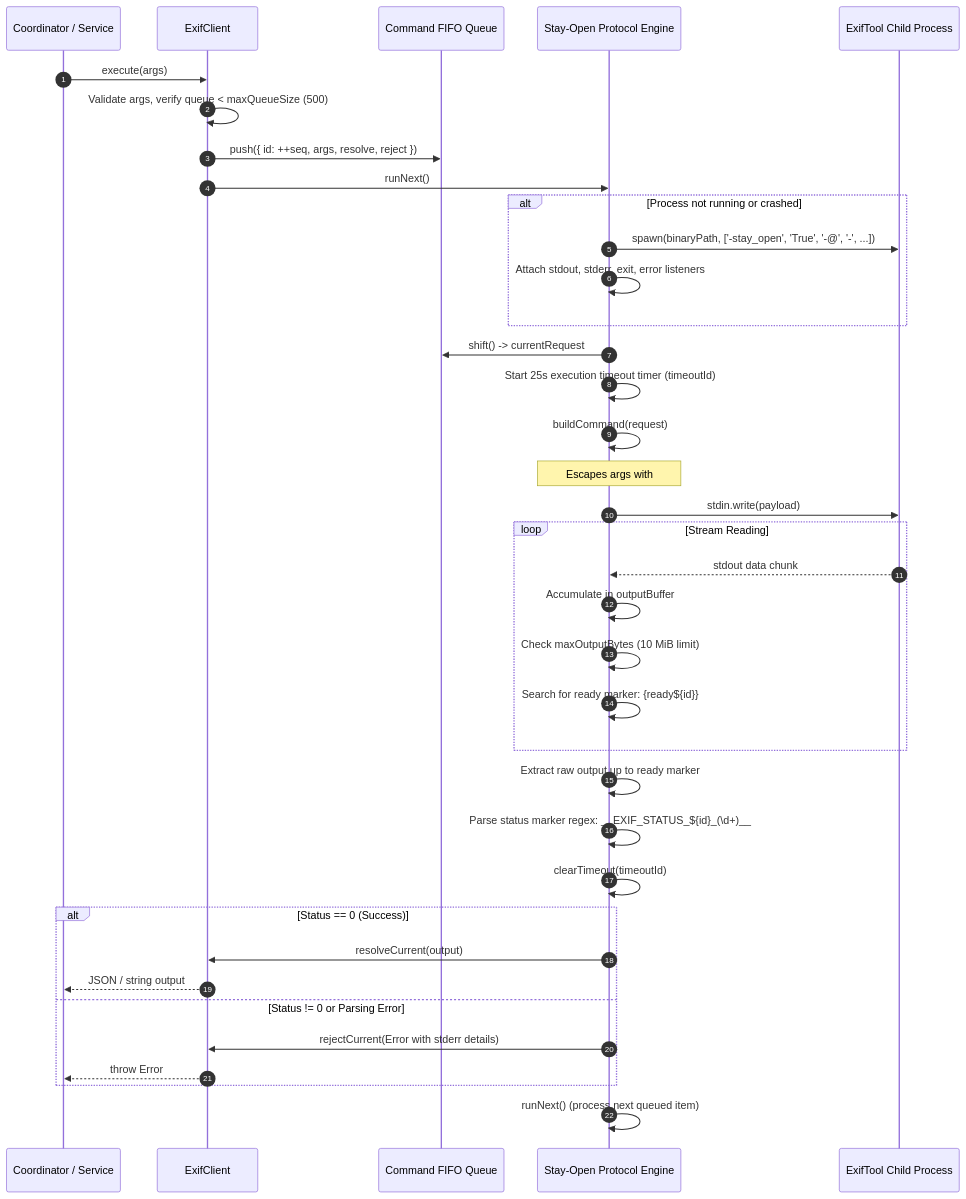
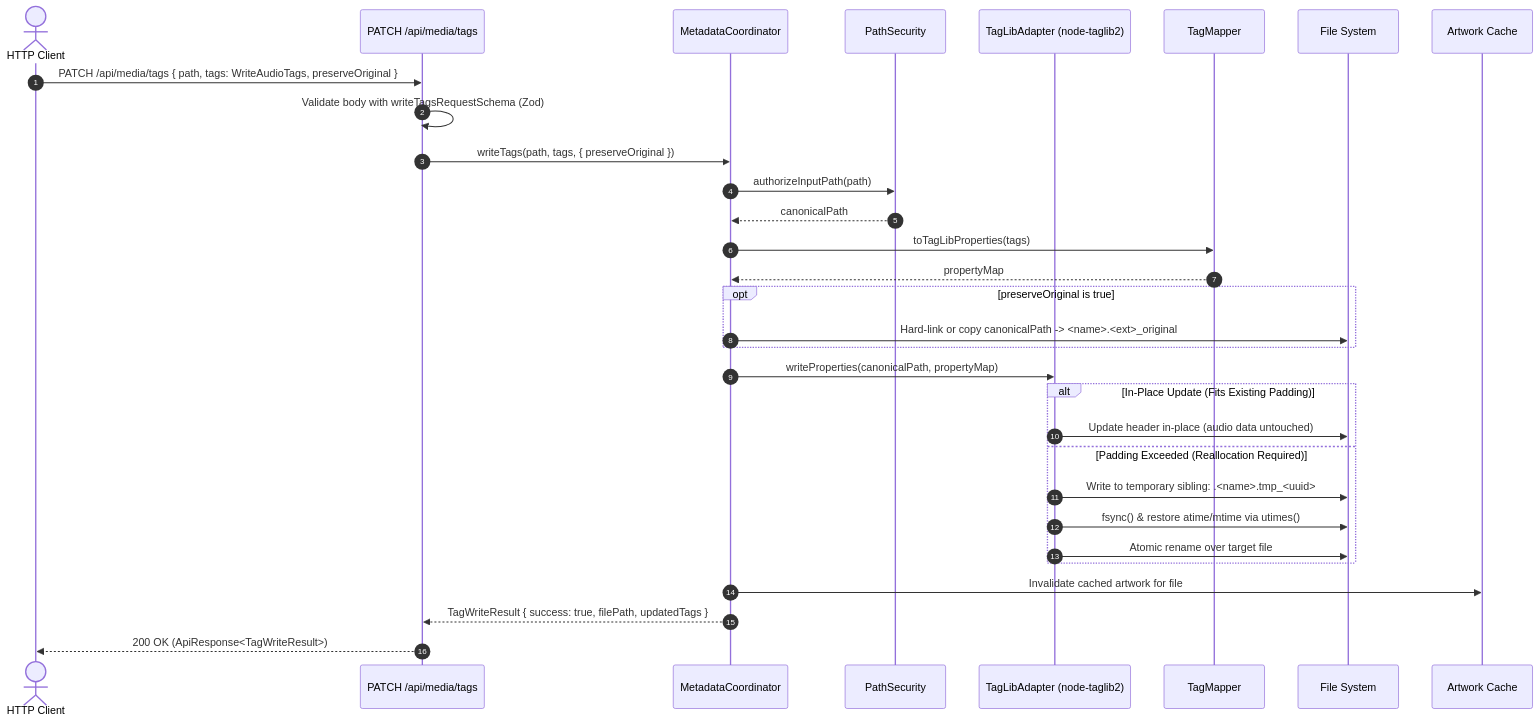
The fourth of 8 diagrams in README.md (Manishtripathi-108/my-music), drawn with Mermaid before and after one commit. The commit also changed other lines of this file and 3 other files, not shown here.

First line of the commit message:
Refactor media schemas export structure

````diff
--- a/README.md
+++ b/README.md
@@ -178,46 +336,38 @@
 ```mermaid
 sequenceDiagram
     autonumber
-    participant Caller as Coordinator / Service
-    participant Client as ExifClient
-    participant Queue as Command FIFO Queue
-    participant Engine as Stay-Open Protocol Engine
-    participant Proc as ExifTool Child Process
+    actor Client as HTTP Client
+    participant Route as PATCH /api/media/tags
+    participant Coord as MetadataCoordinator
+    participant Sec as PathSecurity
+    participant TagLib as TagLibAdapter (node-taglib2)
+    participant Mapper as TagMapper
+    participant FS as File System
+    participant Cache as Artwork Cache
 
-    Caller->>Client: execute(args)
-    Client->>Client: Validate args, verify queue < maxQueueSize (500)
-    Client->>Queue: push({ id: ++seq, args, resolve, reject })
-    Client->>Engine: runNext()
+    Client->>Route: PATCH /api/media/tags { path, tags: WriteAudioTags, preserveOriginal }
+    Route->>Route: Validate body with writeTagsRequestSchema (Zod)
+    Route->>Coord: writeTags(path, tags, { preserveOriginal })
+    Coord->>Sec: authorizeInputPath(path)
+    Sec-->>Coord: canonicalPath
+    Coord->>Mapper: toTagLibProperties(tags)
+    Mapper-->>Coord: propertyMap
 
-    alt Process not running or crashed
-        Engine->>Proc: spawn(binaryPath, ['-stay_open', 'True', '-@', '-', ...])
-        Engine->>Engine: Attach stdout, stderr, exit, error listeners
+    opt preserveOriginal is true
+        Coord->>FS: Hard-link or copy canonicalPath -> <name>.<ext>_original
     end
 
-    Engine->>Queue: shift() -> currentRequest
-    Engine->>Engine: Start 25s execution timeout timer (timeoutId)
-    Engine->>Engine: buildCommand(request)
-    Note over Engine: Escapes args with #[CSTR]...\nAppends -echo3 __EXIF_STATUS_${id}_${status}__\nAppends -execute${id}
-    Engine->>Proc: stdin.write(payload)
+    Coord->>TagLib: writeProperties(canonicalPath, propertyMap)
 
-    loop Stream Reading
-        Proc-->>Engine: stdout data chunk
-        Engine->>Engine: Accumulate in outputBuffer
-        Engine->>Engine: Check maxOutputBytes (10 MiB limit)
-        Engine->>Engine: Search for ready marker: {ready${id}}
+    alt In-Place Update (Fits Existing Padding)
+        TagLib->>FS: Update header in-place (audio data untouched)
+    else Padding Exceeded (Reallocation Required)
+        TagLib->>FS: Write to temporary sibling: .<name>.tmp_<uuid>
+        TagLib->>FS: fsync() & restore atime/mtime via utimes()
+        TagLib->>FS: Atomic rename over target file
     end
 
-    Engine->>Engine: Extract raw output up to ready marker
-    Engine->>Engine: Parse status marker regex: __EXIF_STATUS_${id}_(\d+)__
-    Engine->>Engine: clearTimeout(timeoutId)
-
-    alt Status == 0 (Success)
-        Engine->>Client: resolveCurrent(output)
-        Client-->>Caller: JSON / string output
-    else Status != 0 or Parsing Error
-        Engine->>Client: rejectCurrent(Error with stderr details)
-        Client-->>Caller: throw Error
-    end
-
-    Engine->>Engine: runNext() (process next queued item)
+    Coord->>Cache: Invalidate cached artwork for file
+    Coord-->>Route: TagWriteResult { success: true, filePath, updatedTags }
+    Route-->>Client: 200 OK (ApiResponse<TagWriteResult>)
 ```
````
